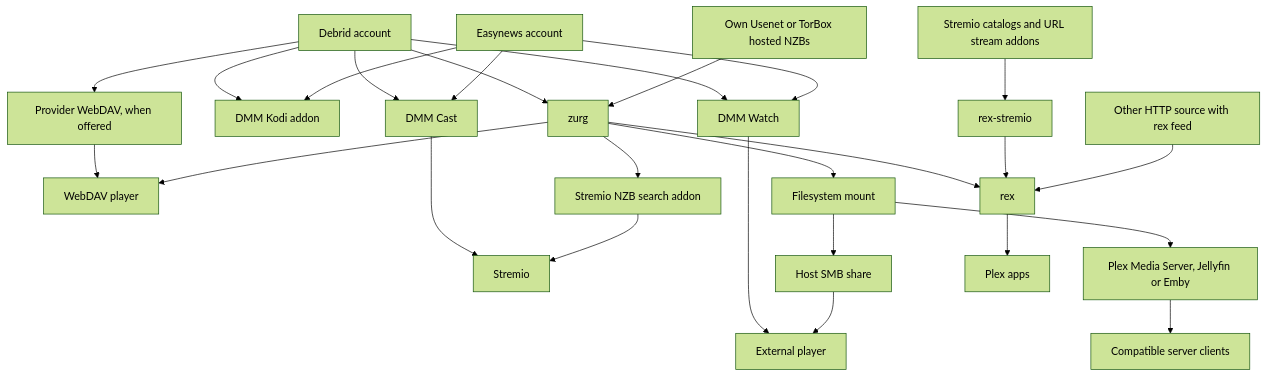
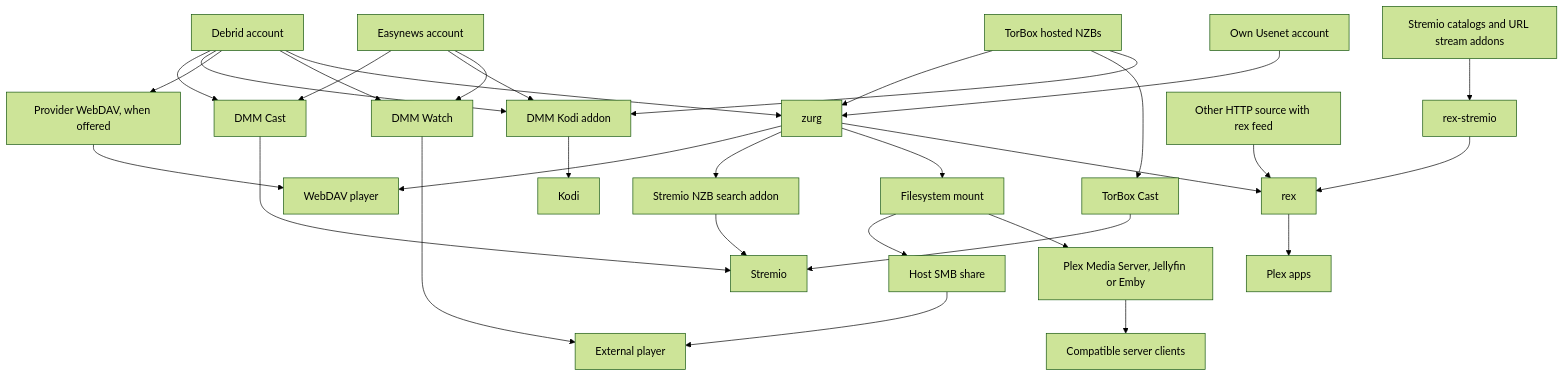
One commit to debridmediamanager/notes changed the first of 3 diagrams in guides/choose-your-setup.md. Above: the diagram before and after it, drawn with Mermaid (forest theme). The commit also changed 1 other file, not shown here.

Commit message:
docs: split own Usenet from TorBox hosted NZBs in the playback map

````diff
--- a/guides/choose-your-setup.md
+++ b/guides/choose-your-setup.md
@@ -48,28 +48,33 @@
 ```mermaid
 flowchart TD
     A[Debrid account] --> B[DMM Cast]
     E[Easynews account] --> B
     B --> C[Stremio]
     A --> K[DMM Kodi addon]
     E --> K
+    K --> KD[Kodi]
     A --> D[Provider WebDAV, when offered]
     D --> W[WebDAV player]
     A --> V[DMM Watch]
     E --> V
     V --> F[External player]
     A --> Z[zurg]
-    N[Own Usenet or TorBox hosted NZBs] --> Z
+    N[Own Usenet account] --> Z
+    T2[TorBox hosted NZBs] --> Z
+    T2 --> TC[TorBox Cast]
+    TC --> C
+    T2 --> K
     Z --> W[WebDAV player]
     Z --> ZA[Stremio NZB search addon]
     ZA --> C
     Z --> M[Filesystem mount]
     M --> SMB[Host SMB share]
     SMB --> F
     M --> S[Plex Media Server, Jellyfin or Emby]
     S --> P[Compatible server clients]
     Z --> R[rex]
     T[Stremio catalogs and URL stream addons] --> X[rex-stremio]
     X --> R
     H[Other HTTP source with rex feed] --> R
     R --> Q[Plex apps]
 ```
````
